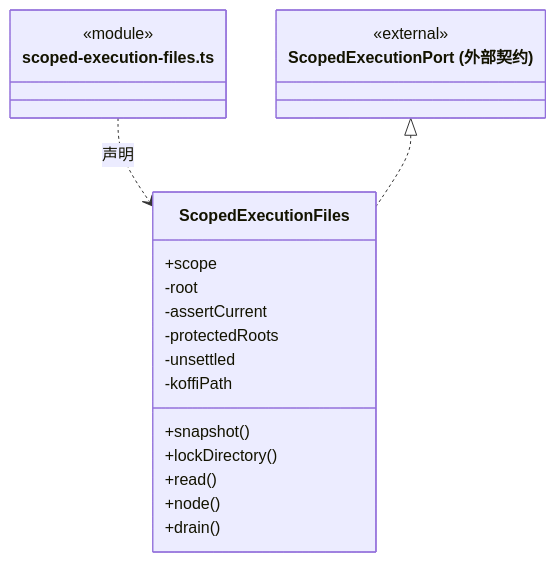
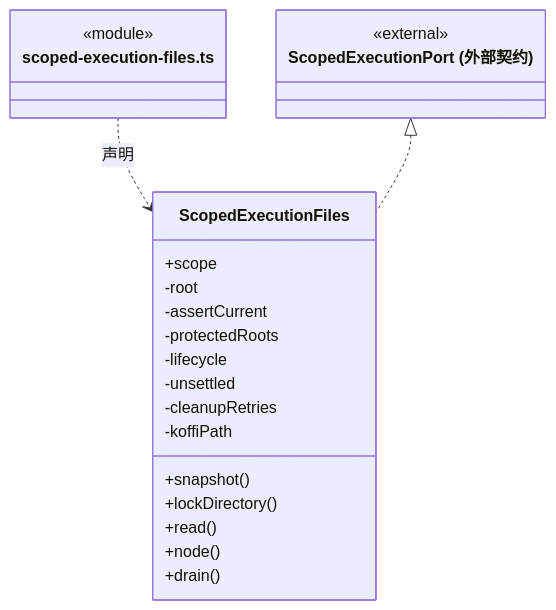
Diagram 29 of 36 in src/backend/main/platform/ARCHITECTURE.md (nan023062/cbim), drawn with Mermaid before and after one commit. The commit also changed other lines of this file and 53 other files, not shown here.

````diff
--- a/src/backend/main/platform/ARCHITECTURE.md
+++ b/src/backend/main/platform/ARCHITECTURE.md
@@ -556,24 +671,26 @@
 ```mermaid
 classDiagram
 class N_src_backend_main_platform_scoped_execution_files_ts["scoped-execution-files.ts"] {
   <<module>>
 }
 class N_src_backend_main_platform_scoped_execution_files_ts_ScopedExecutionFiles["ScopedExecutionFiles"] {
   +scope
   +snapshot()
   +lockDirectory()
   +read()
   +node()
   +drain()
   -root
   -assertCurrent
   -protectedRoots
+  -lifecycle
   -unsettled
+  -cleanupRetries
   -koffiPath
 }
 N_src_backend_main_platform_scoped_execution_files_ts ..> N_src_backend_main_platform_scoped_execution_files_ts_ScopedExecutionFiles : 声明
 class N_src_backend_main_platform_scoped_execution_files_ts_external_ScopedExecutionPort["ScopedExecutionPort (外部契约)"] {
   <<external>>
 }
 N_src_backend_main_platform_scoped_execution_files_ts_external_ScopedExecutionPort <|.. N_src_backend_main_platform_scoped_execution_files_ts_ScopedExecutionFiles
 ```
````
